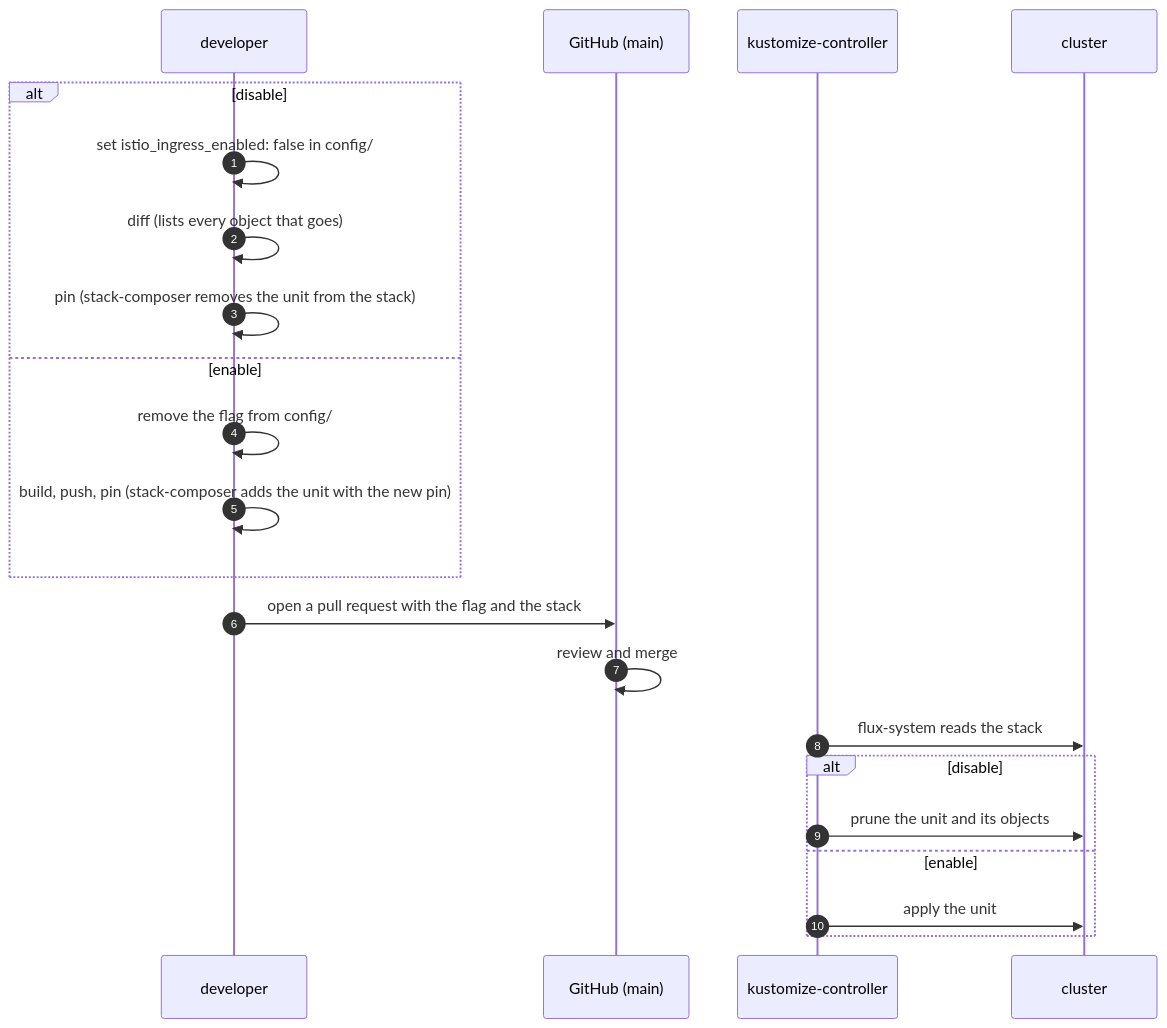
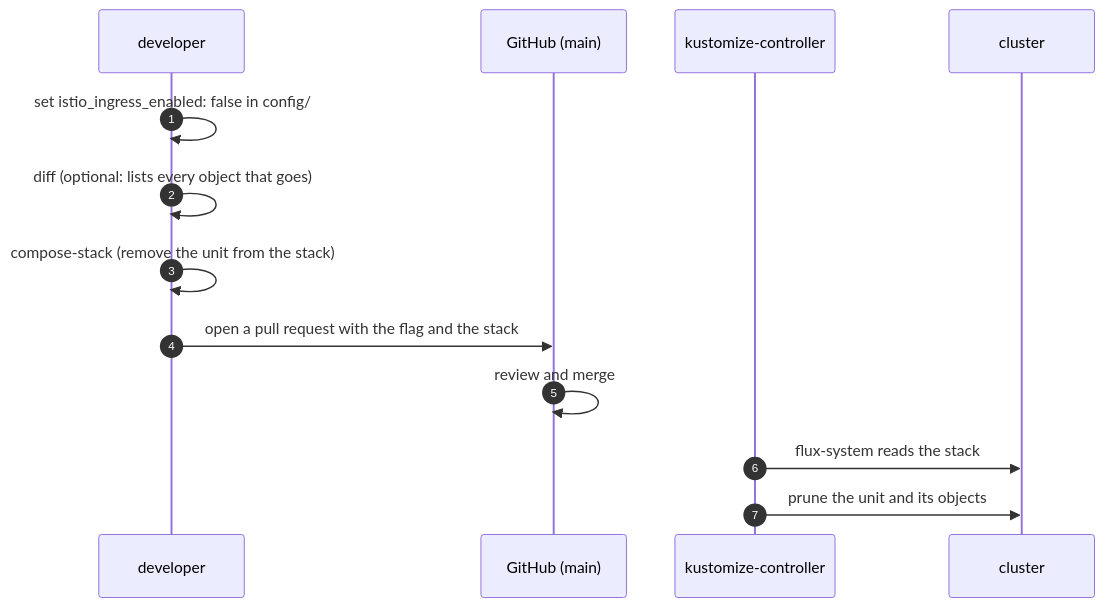
The third of 4 diagrams in code/mcp-sandbox/part-3-mcp-guardrails/docs/orchestration.md (raghav19/engineersdaybook), drawn with Mermaid before and after one commit. The commit also changed other lines of this file and 14 other files, not shown here.

First line of the commit message:
Rename build and pin to package-artifact and compose-stack

````diff
--- a/code/mcp-sandbox/part-3-mcp-guardrails/docs/orchestration.md
+++ b/code/mcp-sandbox/part-3-mcp-guardrails/docs/orchestration.md
@@ -94,25 +94,16 @@
 ```mermaid
 sequenceDiagram
     autonumber
     participant D as developer
     participant G as GitHub (main)
     participant C as kustomize-controller
     participant K as cluster
 
-    alt disable
-        D->>D: set istio_ingress_enabled: false in config/
-        D->>D: diff (lists every object that goes)
-        D->>D: pin (stack-composer removes the unit from the stack)
-    else enable
-        D->>D: remove the flag from config/
-        D->>D: build, push, pin (stack-composer adds the unit with the new pin)
-    end
+    D->>D: set istio_ingress_enabled: false in config/
+    D->>D: diff (optional: lists every object that goes)
+    D->>D: compose-stack (remove the unit from the stack)
     D->>G: open a pull request with the flag and the stack
     G->>G: review and merge
     C->>K: flux-system reads the stack
-    alt disable
-        C->>K: prune the unit and its objects
-    else enable
-        C->>K: apply the unit
-    end
+    C->>K: prune the unit and its objects
 ```
````
